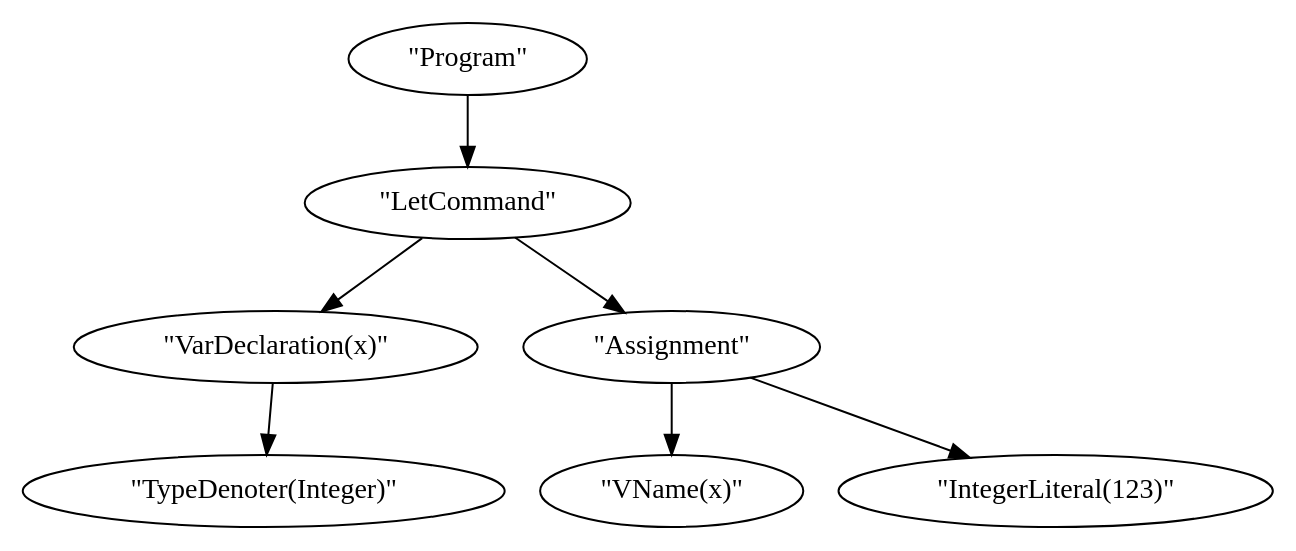
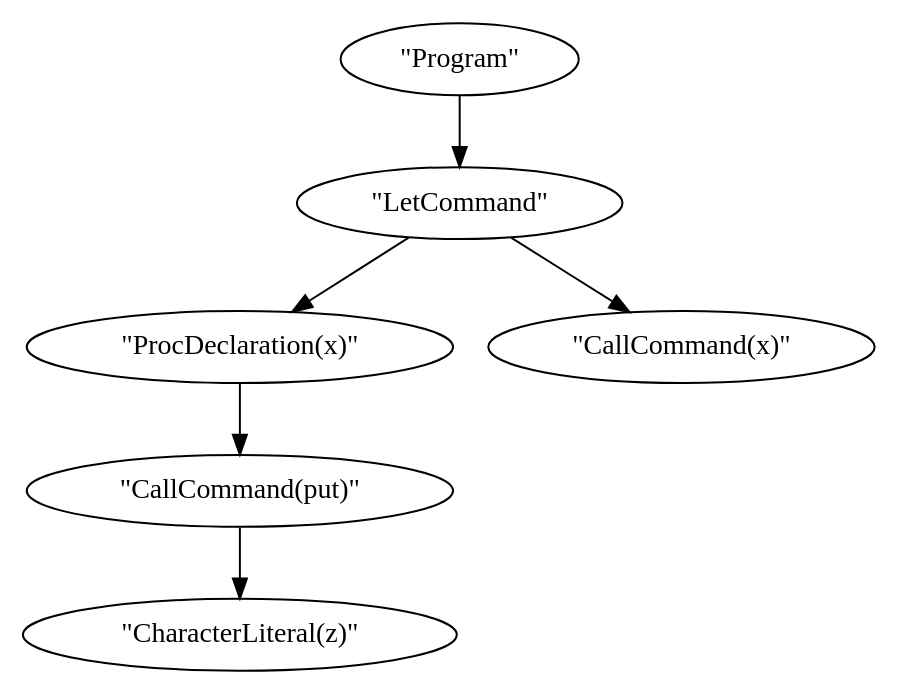
The diagram in Outputs/tree.dot (GFiatt/Parser-Triangle), drawn with Graphviz before and after one commit. The commit also changed 4 other files, not shown here.

```diff
--- a/Outputs/tree.dot
+++ b/Outputs/tree.dot
@@ -1,15 +1,13 @@
 digraph {
     0 [ label = "\"Program\"" ]
     1 [ label = "\"LetCommand\"" ]
-    2 [ label = "\"VarDeclaration(x)\"" ]
-    3 [ label = "\"TypeDenoter(Integer)\"" ]
-    4 [ label = "\"Assignment\"" ]
-    5 [ label = "\"VName(x)\"" ]
-    6 [ label = "\"IntegerLiteral(123)\"" ]
+    2 [ label = "\"ProcDeclaration(x)\"" ]
+    3 [ label = "\"CallCommand(put)\"" ]
+    4 [ label = "\"CharacterLiteral(z)\"" ]
+    5 [ label = "\"CallCommand(x)\"" ]
     0 -> 1 [ ]
     1 -> 2 [ ]
     2 -> 3 [ ]
-    1 -> 4 [ ]
-    4 -> 5 [ ]
-    4 -> 6 [ ]
+    3 -> 4 [ ]
+    1 -> 5 [ ]
 }
```
